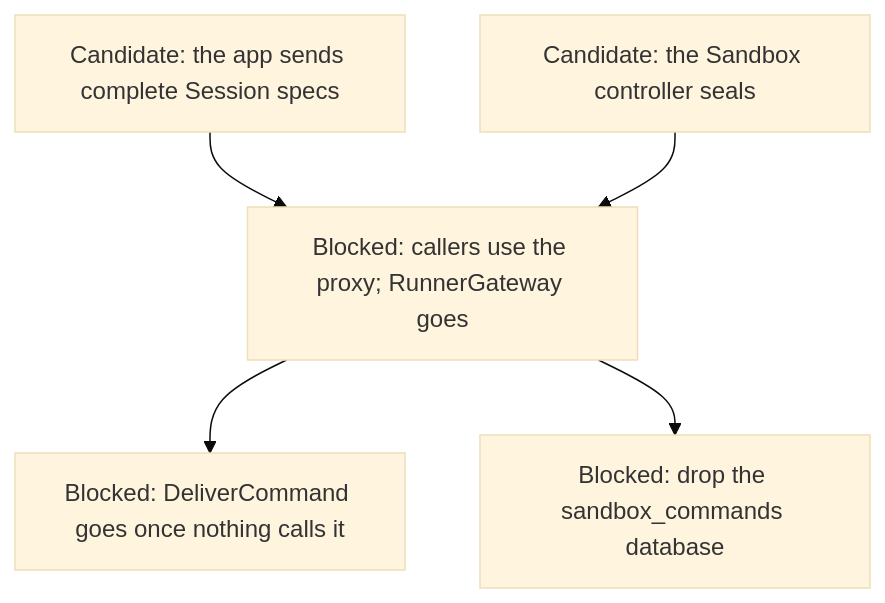
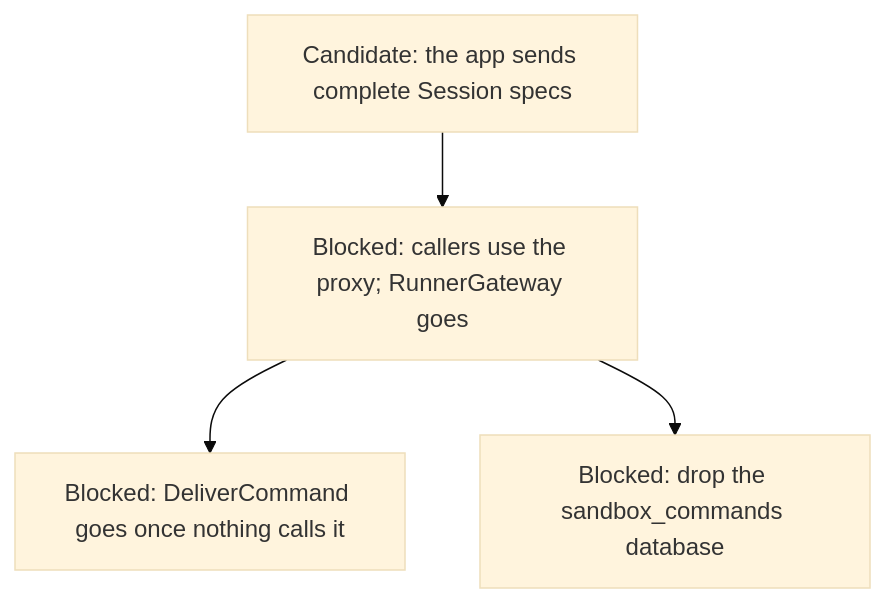
One commit to agentydragon-agent/ducktape changed diagram 14 of 14 in agentplane/plans/task_dag.md. Above: the diagram before and after it, drawn with Mermaid (base theme). The commit also changed other lines of this file and 17 other files, not shown here.

````diff
--- a/agentplane/plans/task_dag.md
+++ b/agentplane/plans/task_dag.md
@@ -1317,12 +1317,10 @@
 ```mermaid
 flowchart TD
     APP_SESSION_DEFAULTS[Candidate: the app sends complete Session specs]
-    CONTROLLER_SEALS[Candidate: the Sandbox controller seals]
     RUNNER_COMMAND_RPCS[Blocked: DeliverCommand goes once nothing calls it]
     GATEWAY_WRAPPER_RETIRE --> RUNNER_COMMAND_RPCS
     GATEWAY_WRAPPER_RETIRE[Blocked: callers use the proxy; RunnerGateway goes]
     GATEWAY_DATABASE_DROP[Blocked: drop the sandbox_commands database]
     APP_SESSION_DEFAULTS --> GATEWAY_WRAPPER_RETIRE
-    CONTROLLER_SEALS --> GATEWAY_WRAPPER_RETIRE
     GATEWAY_WRAPPER_RETIRE --> GATEWAY_DATABASE_DROP
 ```
````
